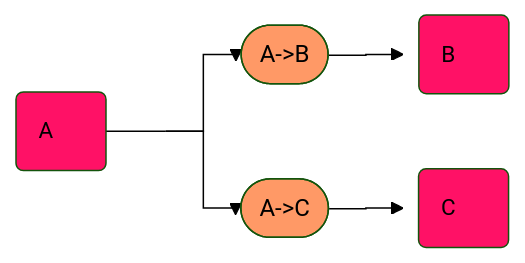
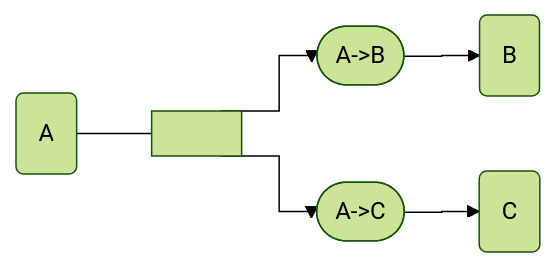
The first of 3 diagrams in README.md (JulesKouatchou/sample_flowcharts), drawn with Mermaid (forest theme) before and after one commit. The commit also changed other lines of this file, not shown here.

````diff
--- a/README.md
+++ b/README.md
@@ -5,21 +5,21 @@
 ```mermaid
 %%{ init: {'flowchart': { 'curve': 'stepAfter' } } }%%
 
 flowchart LR
     O[ ]:::empty
     A(A):::c1
     B(B):::c1
     C(C):::c1
     AB([A->B]):::c2
     AC([A->C]):::c2
 
-    classDef c1 width:60px,fill:#f16,font-size:15px  
-    classDef c2 fill:#f96    
-    classDef empty width:0px,height:0px
+    %% classDef c1 width:60px,fill:#f16,font-size:15px  
+    %% classDef c2 fill:#f96    
+    %% classDef empty width:0px,height:0px
     
     A --- O
     O --> AB 
     O --> AC
     AB --> B
     AC --> C
 ```
````
